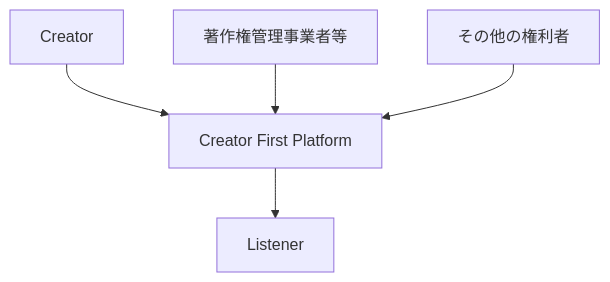
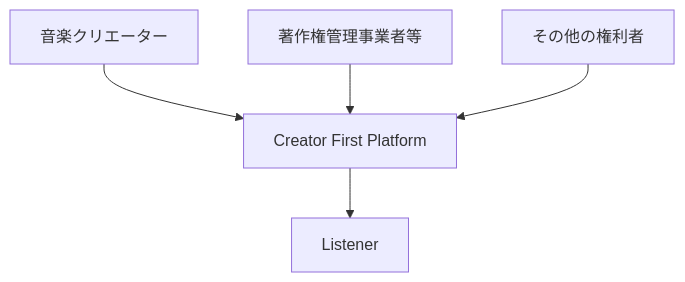
Before and after one commit to ShigeichiroYamasaki/creator-first-platform: the fifth of 17 diagrams in docs/whitepaper/03-rights-and-money.md, drawn with Mermaid. The commit also changed other lines of this file and 67 other files, not shown here.

````diff
--- a/docs/whitepaper/03-rights-and-money.md
+++ b/docs/whitepaper/03-rights-and-money.md
@@ -133,7 +133,7 @@
 ```mermaid
 flowchart TD
-    CREATOR[Creator] --> CFP[Creator First Platform]
+    CREATOR[音楽クリエーター] --> CFP[Creator First Platform]
     CMO[著作権管理事業者等] --> CFP
     OTHER[その他の権利者] --> CFP
     CFP --> USER[Listener]
 ```
````
